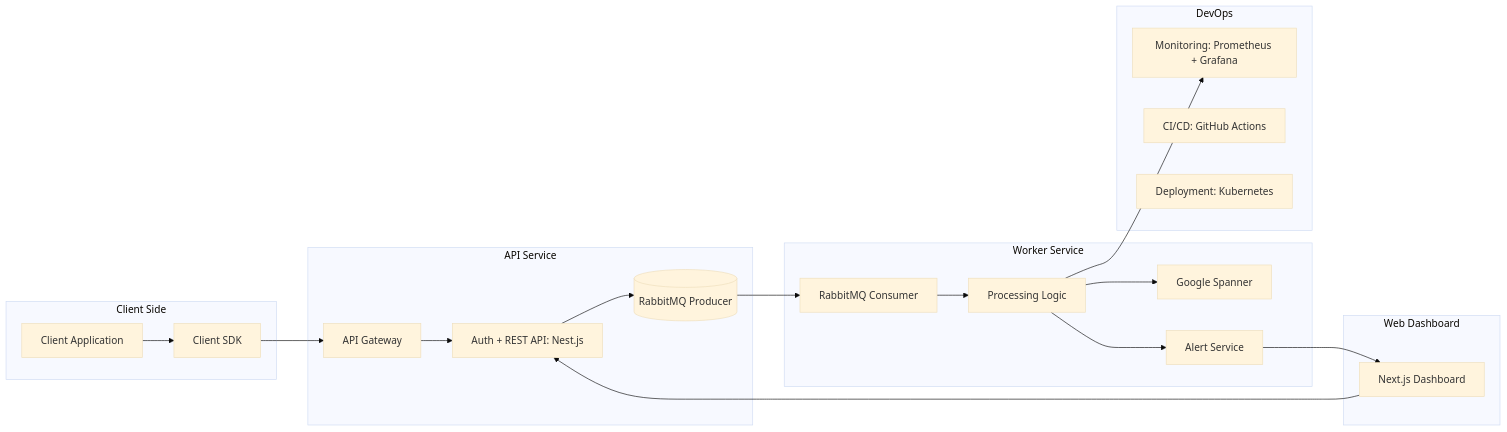
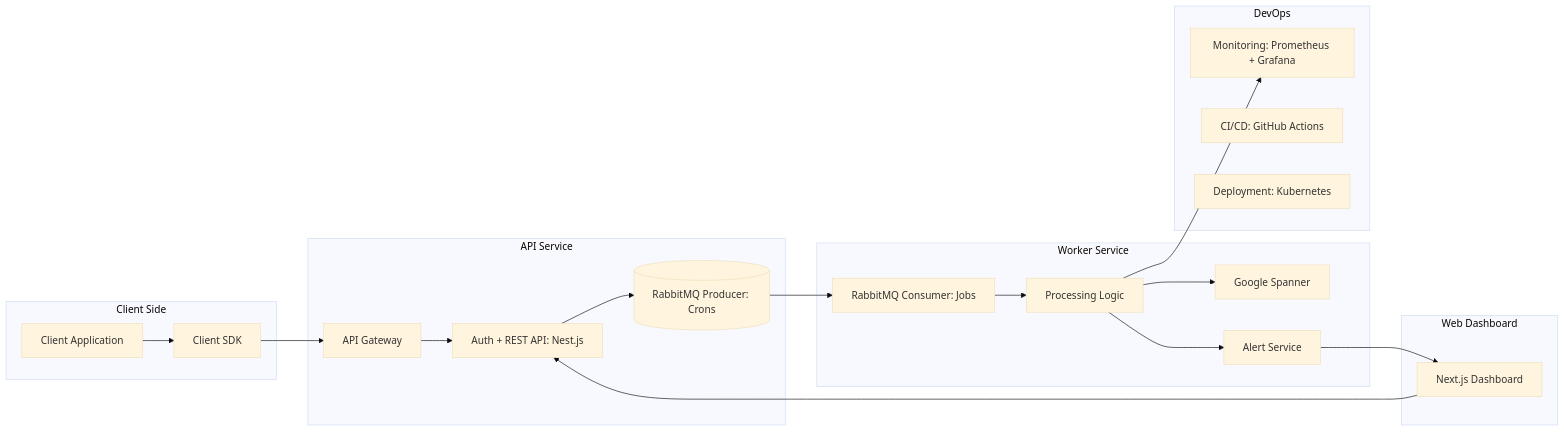
The diagram in README.md (Githi54/dt-test-task), drawn with Mermaid (base theme) before and after one commit. The commit also changed other lines of this file, not shown here.

````diff
--- a/README.md
+++ b/README.md
@@ -8,43 +8,43 @@
 ```mermaid
 flowchart LR
     %% === Client Side ===
     subgraph CLIENT[Client Side]
         A[Client Application]
         B[Client SDK]
     end
 
     %% === API Service ===
     subgraph API[API Service]
         C[API Gateway]
         D[Auth + REST API: Nest.js]
-        E[(RabbitMQ Producer)]
+        E[(RabbitMQ Producer: Crons)]
     end
 
     %% === Worker Service ===
     subgraph WORKER[Worker Service]
-        F[RabbitMQ Consumer]
+        F[RabbitMQ Consumer: Jobs]
         G[Processing Logic]
         H[Google Spanner]
         J[Alert Service]
     end
 
     %% === Frontend ===
     subgraph FRONTEND[Web Dashboard]
         K[Next.js Dashboard]
     end
 
     %% === DevOps ===
     subgraph DEVOPS[DevOps]
         L[Monitoring: Prometheus + Grafana]
         M[CI/CD: GitHub Actions]
         N[Deployment: Kubernetes]
     end
 
     %% === Data Flows ===
     A --> B --> C --> D --> E
     E --> F --> G --> H
     G --> J
     K --> D
     J --> K
     G --> L
 ```
````
